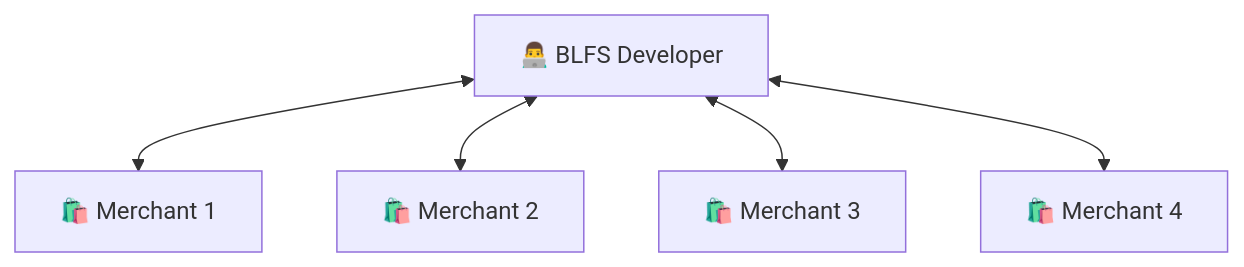
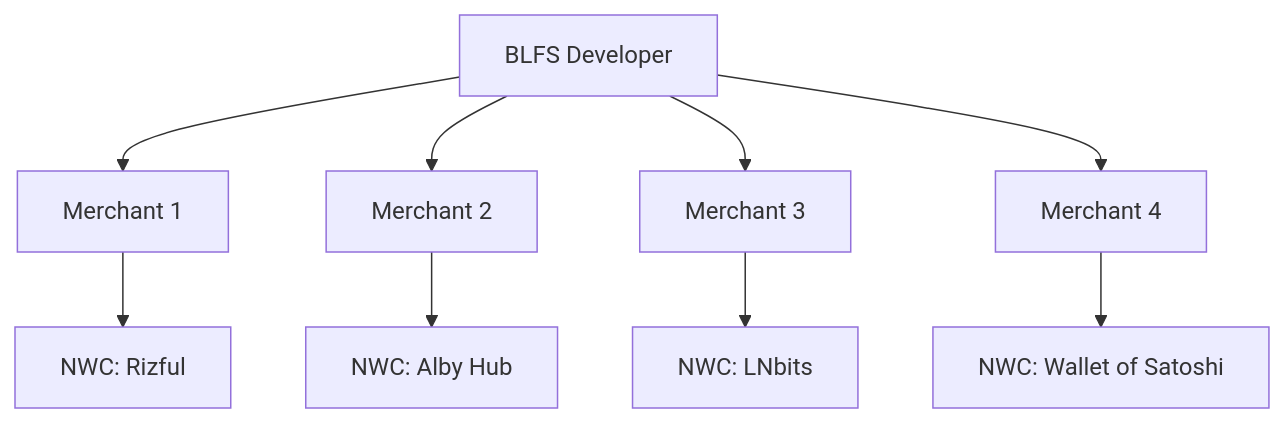
Before and after one commit to MegalithicBTC/BLFS: the second of 3 diagrams in readme.md, drawn with Mermaid. The commit also changed other lines of this file, not shown here.

````diff
--- a/readme.md
+++ b/readme.md
@@ -33,7 +34,12 @@
 ```mermaid
 graph TD
-  A["👨‍💻 BLFS Developer"] <--> B["🛍️ Merchant 1"]
-  A <--> C["🛍️ Merchant 2"]
-  A <--> D["🛍️ Merchant 3"]
-  A <--> E["🛍️ Merchant 4"]
+  Dev["BLFS Developer"] --> M1["Merchant 1"]
+  Dev --> M2["Merchant 2"]
+  Dev --> M3["Merchant 3"]
+  Dev --> M4["Merchant 4"]
+
+  M1 --> NWC1["NWC: Rizful"]
+  M2 --> NWC2["NWC: Alby Hub"]
+  M3 --> NWC3["NWC: LNbits"]
+  M4 --> NWC4["NWC: Wallet of Satoshi"]
 ```
````
